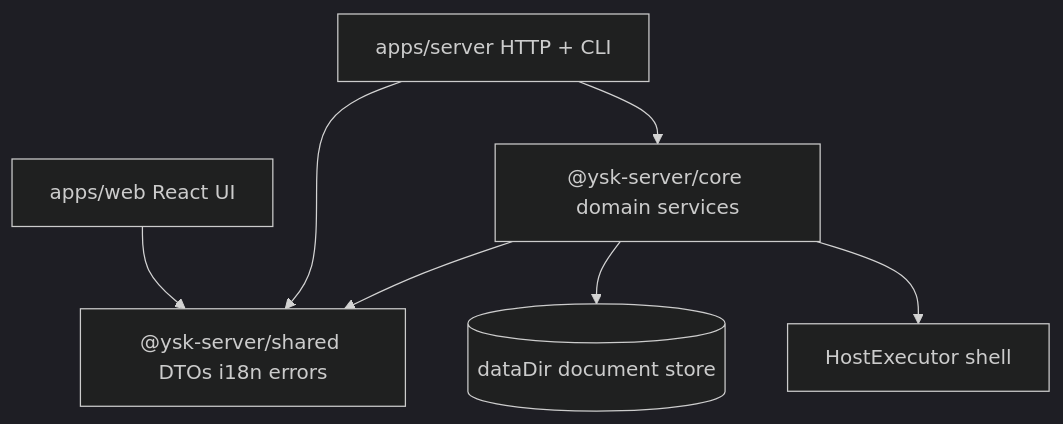
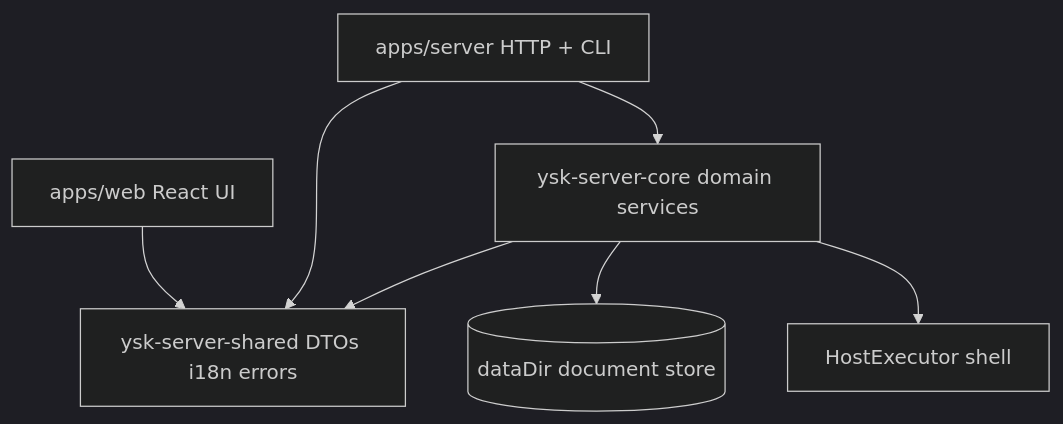
One commit to yanshekki/ysk-server changed the diagram in docs/architecture/overview.md. Above: the diagram before and after it, drawn with Mermaid (dark theme). The commit also changed other lines of this file and 608 other files, not shown here.

First line of the commit message:
fix(npm): README + unscoped shared/core packages (1.0.4)

````diff
--- a/docs/architecture/overview.md
+++ b/docs/architecture/overview.md
@@ -14,16 +14,16 @@
 ```mermaid
 flowchart TB
   Web[apps/web React UI]
   Server[apps/server HTTP + CLI]
-  Shared["@ysk-server/shared DTOs i18n errors"]
-  Core["@ysk-server/core domain services"]
+  Shared["ysk-server-shared DTOs i18n errors"]
+  Core["ysk-server-core domain services"]
   Store[(dataDir document store)]
   Host[HostExecutor shell]
 
   Web --> Shared
   Server --> Shared
   Server --> Core
   Core --> Shared
   Core --> Store
   Core --> Host
 ```
````
